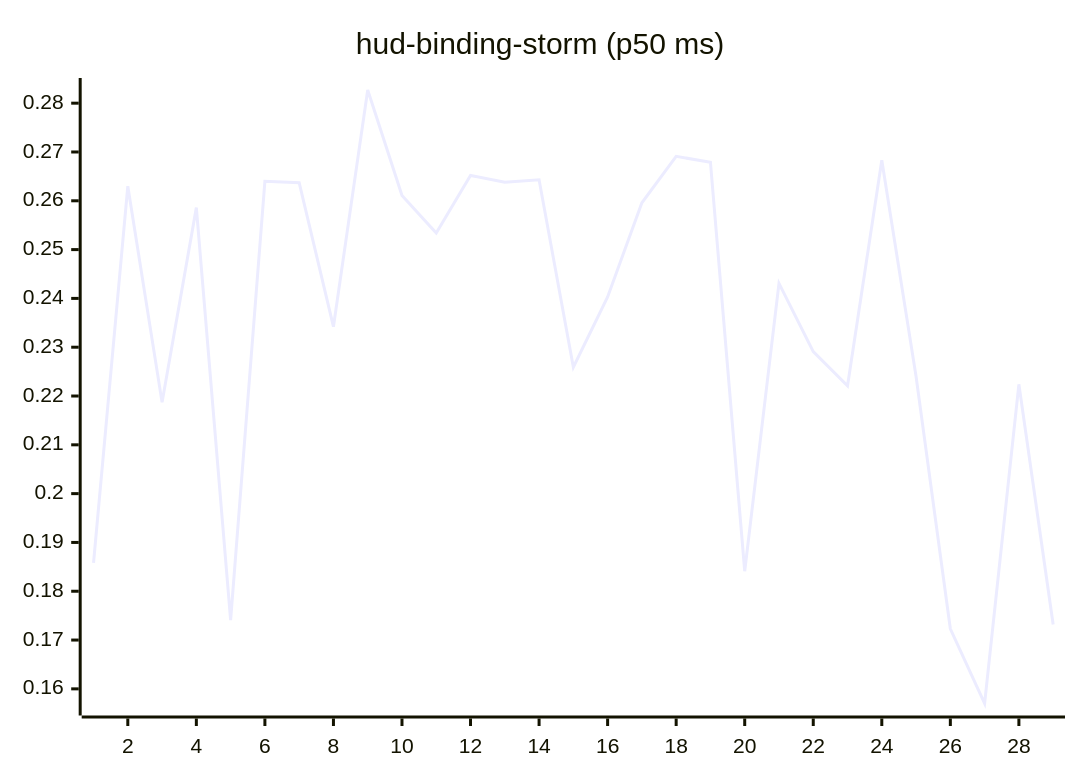
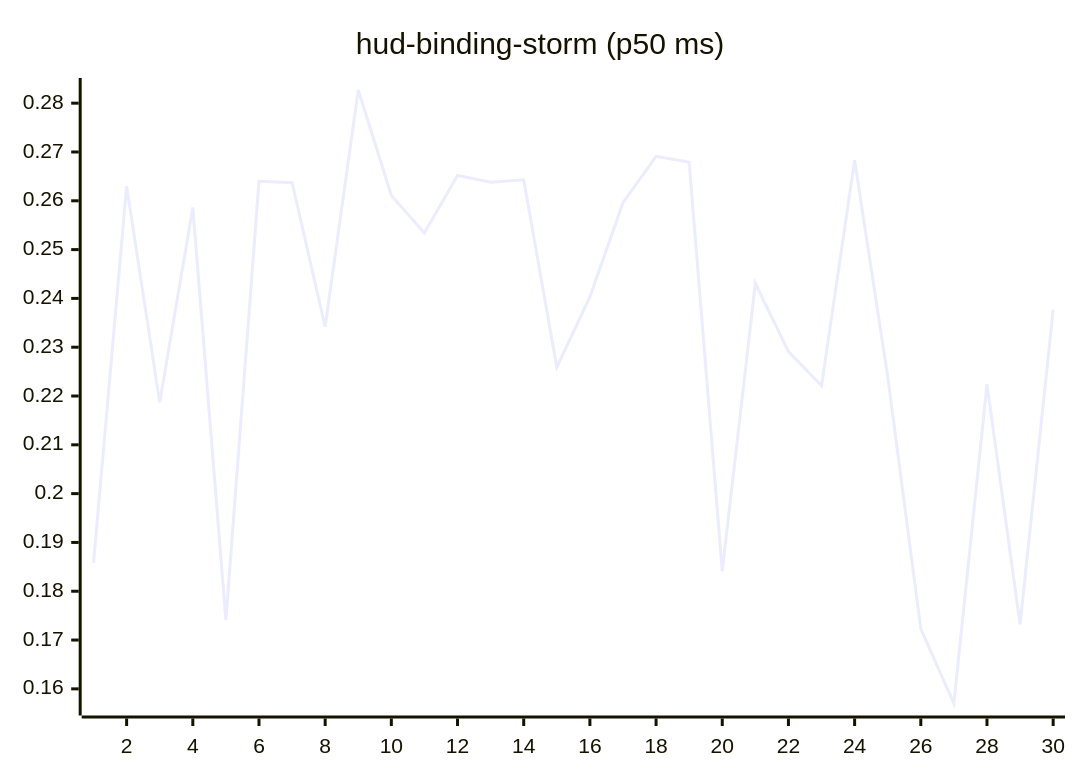
One commit to josha/Facet changed the tenth of 27 diagrams in README.md. Above: the diagram before and after it, drawn with Mermaid. The commit also changed other lines of this file and 2 other files, not shown here.

````diff
--- a/README.md
+++ b/README.md
@@ -126,6 +126,6 @@
 ```mermaid
 xychart-beta
     title "hud-binding-storm (p50 ms)"
-    x-axis 1 --> 29
-    line [0.1858, 0.2630, 0.2187, 0.2586, 0.1741, 0.2640, 0.2637, 0.2342, 0.2827, 0.2611, 0.2534, 0.2652, 0.2638, 0.2643, 0.2259, 0.2403, 0.2596, 0.2691, 0.2679, 0.1841, 0.2431, 0.2291, 0.2221, 0.2683, 0.2240, 0.1723, 0.1570, 0.2224, 0.1732]
+    x-axis 1 --> 30
+    line [0.1858, 0.2630, 0.2187, 0.2586, 0.1741, 0.2640, 0.2637, 0.2342, 0.2827, 0.2611, 0.2534, 0.2652, 0.2638, 0.2643, 0.2259, 0.2403, 0.2596, 0.2691, 0.2679, 0.1841, 0.2431, 0.2291, 0.2221, 0.2683, 0.2240, 0.1723, 0.1570, 0.2224, 0.1732, 0.2377]
 ```
````
